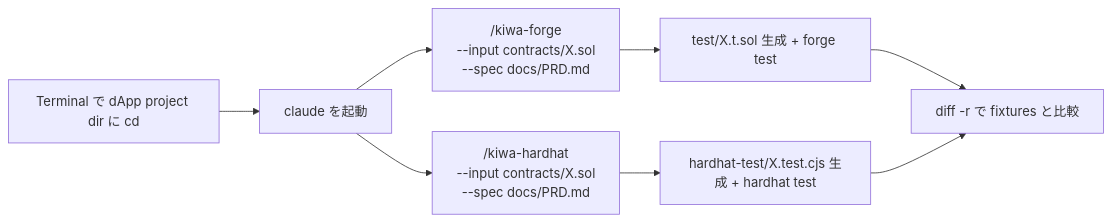
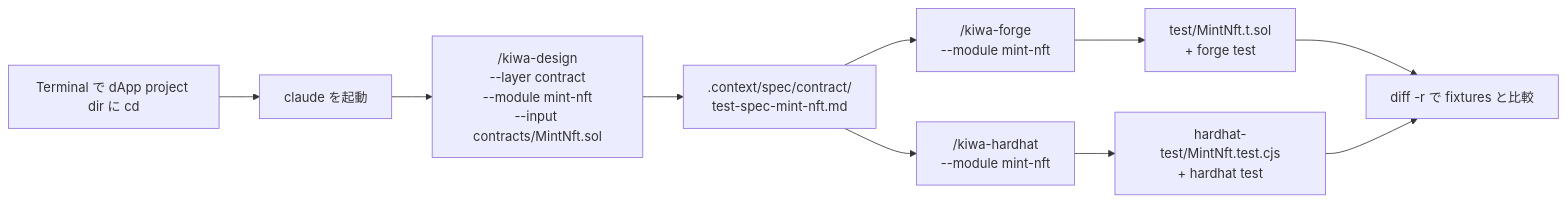
Before and after one commit to cardene777/kiwa: the diagram in tests/docs/run-contract-tests.ja.md, drawn with Mermaid. The commit also changed other lines of this file and 2 other files, not shown here.

First line of the commit message:
📝 docs(tests): 3 skill chain (kiwa-design → forge/play) に修正 + 複数 contract 注記追加 (#215)

````diff
--- a/tests/docs/run-contract-tests.ja.md
+++ b/tests/docs/run-contract-tests.ja.md
@@ -9,10 +19,12 @@
 ```mermaid
 graph LR
     A[Terminal で dApp project dir に cd] --> B[claude を起動]
-    B --> C["/kiwa-forge<br/>--input contracts/X.sol<br/>--spec docs/PRD.md"]
-    B --> D["/kiwa-hardhat<br/>--input contracts/X.sol<br/>--spec docs/PRD.md"]
-    C --> E[test/X.t.sol 生成 + forge test]
-    D --> F[hardhat-test/X.test.cjs 生成 + hardhat test]
-    E --> G[diff -r で fixtures と比較]
-    F --> G
+    B --> C["/kiwa-design<br/>--layer contract<br/>--module mint-nft<br/>--input contracts/MintNft.sol"]
+    C --> D[.context/spec/contract/<br/>test-spec-mint-nft.md]
+    D --> E["/kiwa-forge<br/>--module mint-nft"]
+    D --> F["/kiwa-hardhat<br/>--module mint-nft"]
+    E --> G[test/MintNft.t.sol<br/>+ forge test]
+    F --> H[hardhat-test/MintNft.test.cjs<br/>+ hardhat test]
+    G --> I[diff -r で fixtures と比較]
+    H --> I
 ```
````
